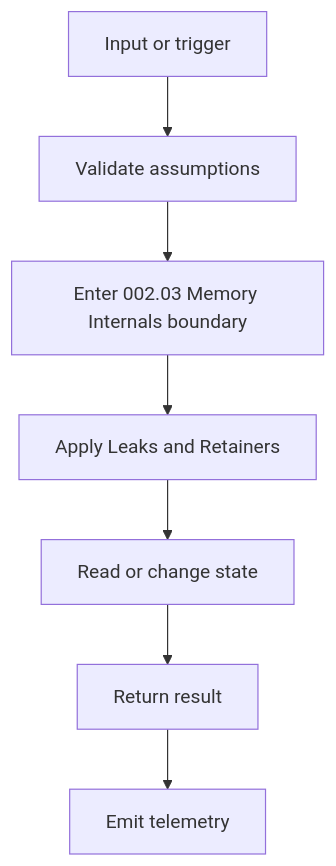
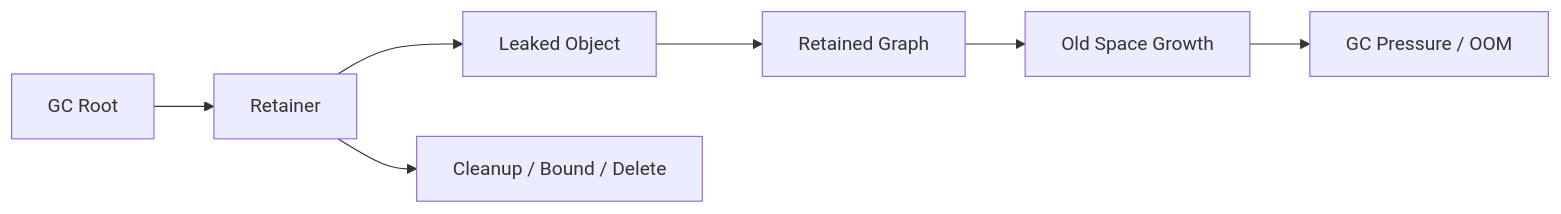
The third of 4 diagrams in 002. JavaScript Internals/002.03 Memory Internals/002.03.03 Leaks and Retainers/README.md (AjayPrajapat/Interview), drawn with Mermaid before and after one commit. The commit also changed other lines of this file and 10 other files, not shown here.

````diff
--- a/002. JavaScript Internals/002.03 Memory Internals/002.03.03 Leaks and Retainers/README.md
+++ b/002. JavaScript Internals/002.03 Memory Internals/002.03.03 Leaks and Retainers/README.md
@@ -453,9 +999,9 @@
 ```mermaid
-flowchart TD
-  A[Input or trigger] --> B[Validate assumptions]
-  B --> C[Enter 002.03 Memory Internals boundary]
-  C --> D[Apply Leaks and Retainers]
-  D --> E[Read or change state]
-  E --> F[Return result]
-  F --> G[Emit telemetry]
+flowchart LR
+  A["GC Root"] --> B["Retainer"]
+  B --> C["Leaked Object"]
+  C --> D["Retained Graph"]
+  D --> E["Old Space Growth"]
+  E --> F["GC Pressure / OOM"]
+  B --> G["Cleanup / Bound / Delete"]
 ```
````
